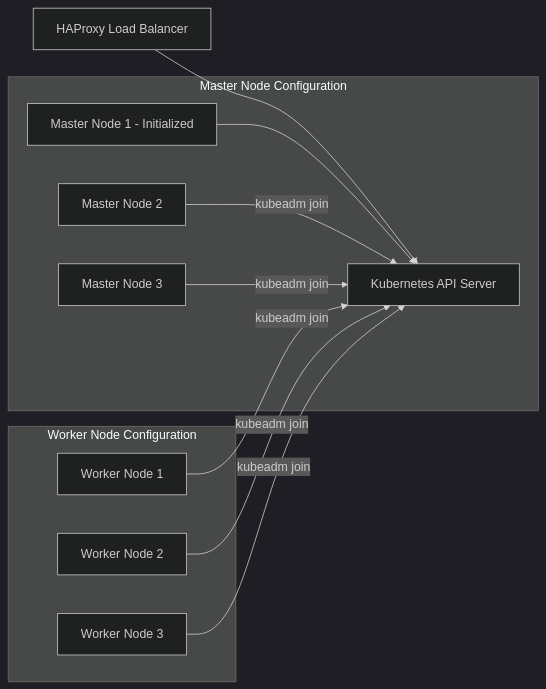
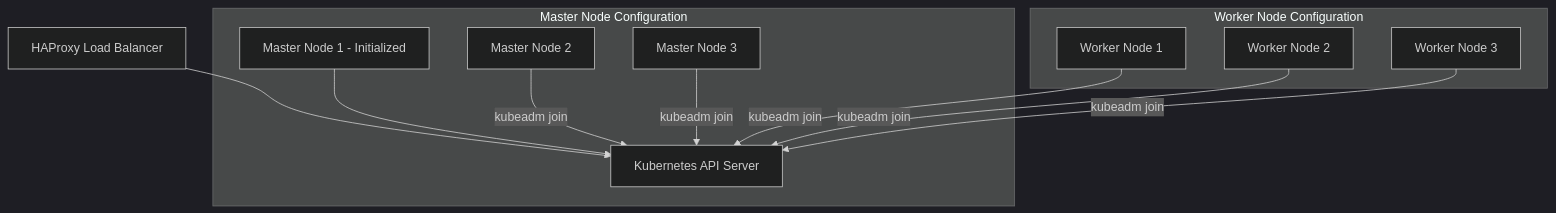
One commit to QubitSecurity/howto changed the second of 2 diagrams in rocky9/k8s/install.md. Above: the diagram before and after it, drawn with Mermaid (dark theme).

````diff
--- a/rocky9/k8s/install.md
+++ b/rocky9/k8s/install.md
@@ -219,16 +219,16 @@
 ```mermaid
-graph LR;
+graph TD;
     A[HAProxy Load Balancer] --> B[Kubernetes API Server]
     
     subgraph Master Node Configuration
         C1[Master Node 1 - Initialized] --> B
         C2[Master Node 2] -->|kubeadm join| B
         C3[Master Node 3] -->|kubeadm join| B
     end
     
     subgraph Worker Node Configuration
         W1[Worker Node 1] -->|kubeadm join| B
         W2[Worker Node 2] -->|kubeadm join| B
         W3[Worker Node 3] -->|kubeadm join| B
     end
 ```
````
